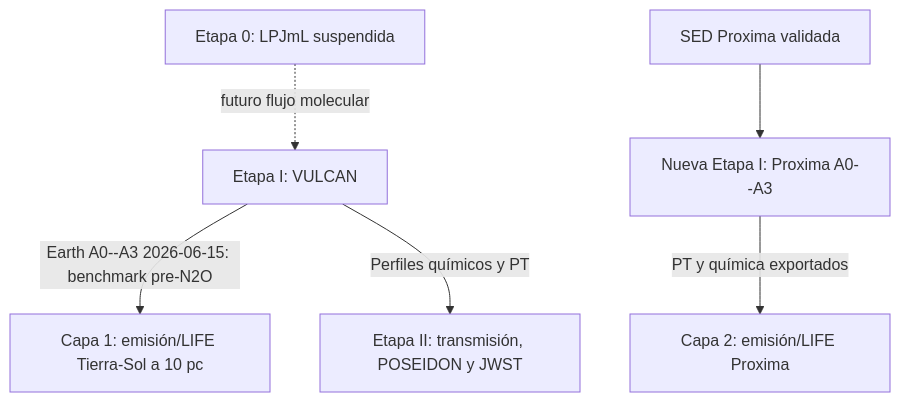
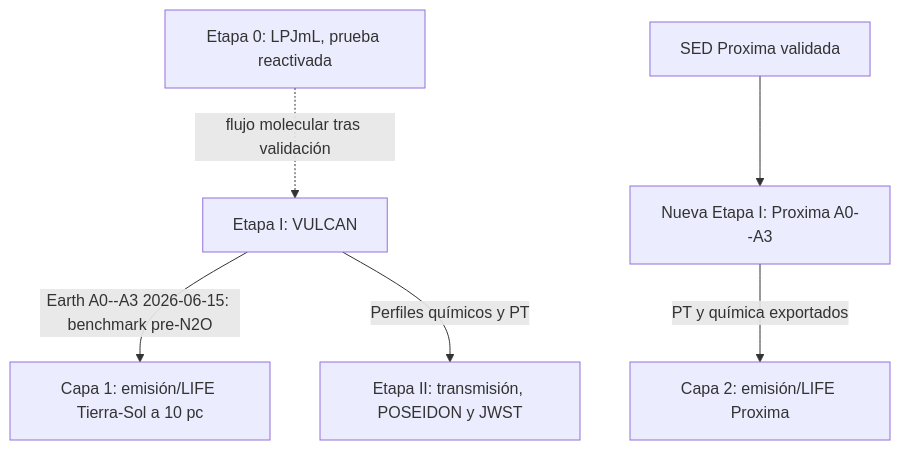
One commit to D4san/ExoFarm_MDwarfs changed the diagram in docs/project_status_tracker.md. Above: the diagram before and after it, drawn with Mermaid. The commit also changed other lines of this file and 151 other files, not shown here.

````diff
--- a/docs/project_status_tracker.md
+++ b/docs/project_status_tracker.md
@@ -16,8 +16,8 @@
 ```mermaid
 graph TD
-    Stage0["Etapa 0: LPJmL suspendida"] -. "futuro flujo molecular" .-> Stage1["Etapa I: VULCAN"]
+    Stage0["Etapa 0: LPJmL, prueba reactivada"] -. "flujo molecular tras validación" .-> Stage1["Etapa I: VULCAN"]
     Stage1 -->|"Earth A0--A3 2026-06-15: benchmark pre-N2O"| Stage3A["Capa 1: emisión/LIFE Tierra-Sol a 10 pc"]
     ProxSED["SED Proxima validada"] --> Stage1P["Nueva Etapa I: Proxima A0--A3"]
     Stage1P -->|"PT y química exportados"| Stage3B["Capa 2: emisión/LIFE Proxima"]
     Stage1 -->|Perfiles químicos y PT| Stage2["Etapa II: transmisión, POSEIDON y JWST"]
 ```
````
